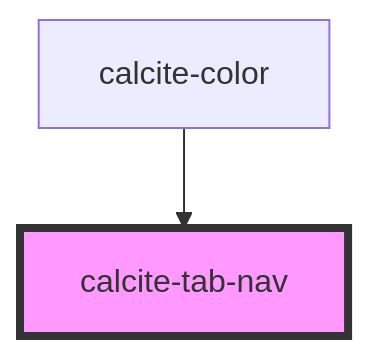
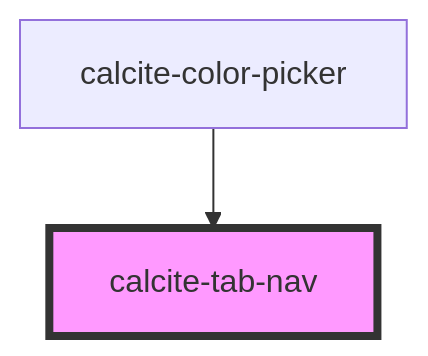
One commit to vikivakarvc/calcite-design-system changed the diagram in src/components/calcite-tab-nav/readme.md. Above: the diagram before and after it, drawn with Mermaid. The commit also changed other lines of this file and 31 other files, not shown here.

````diff
--- a/src/components/calcite-tab-nav/readme.md
+++ b/src/components/calcite-tab-nav/readme.md
@@ -28,5 +28,5 @@
 ```mermaid
 graph TD;
-  calcite-color --> calcite-tab-nav
+  calcite-color-picker --> calcite-tab-nav
   style calcite-tab-nav fill:#f9f,stroke:#333,stroke-width:4px
 ```
````
